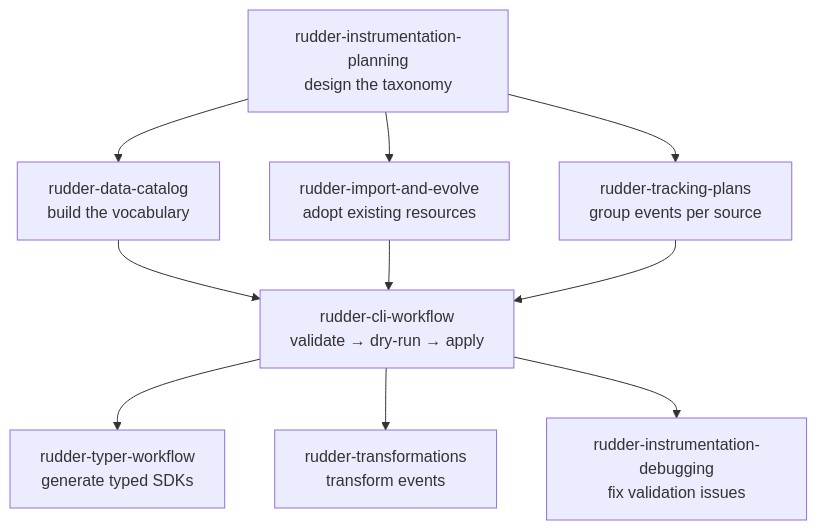
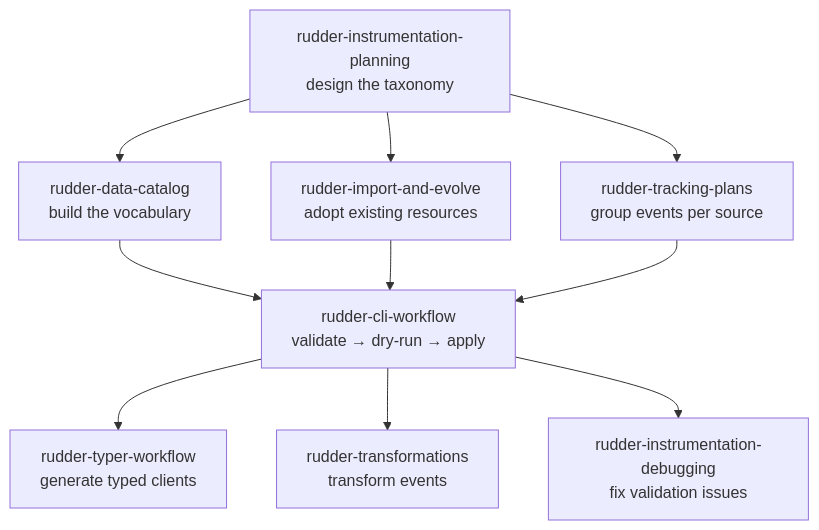
Before and after one commit to rudderlabs/rudder-agent-skills: the diagram in README.md, drawn with Mermaid. The commit also changed other lines of this file and 37 other files, not shown here.

````diff
--- a/README.md
+++ b/README.md
@@ -120,13 +120,13 @@
 ```mermaid
 flowchart TD
     plan["rudder-instrumentation-planning<br/>design the taxonomy"]
     plan --> catalog["rudder-data-catalog<br/>build the vocabulary"]
     plan --> evolve["rudder-import-and-evolve<br/>adopt existing resources"]
     plan --> plans["rudder-tracking-plans<br/>group events per source"]
     catalog --> cli["rudder-cli-workflow<br/>validate &rarr; dry-run &rarr; apply"]
     evolve --> cli
     plans --> cli
-    cli --> typer["rudder-typer-workflow<br/>generate typed SDKs"]
+    cli --> typer["rudder-typer-workflow<br/>generate typed clients"]
     cli --> transform["rudder-transformations<br/>transform events"]
     cli --> debug["rudder-instrumentation-debugging<br/>fix validation issues"]
 ```
````
